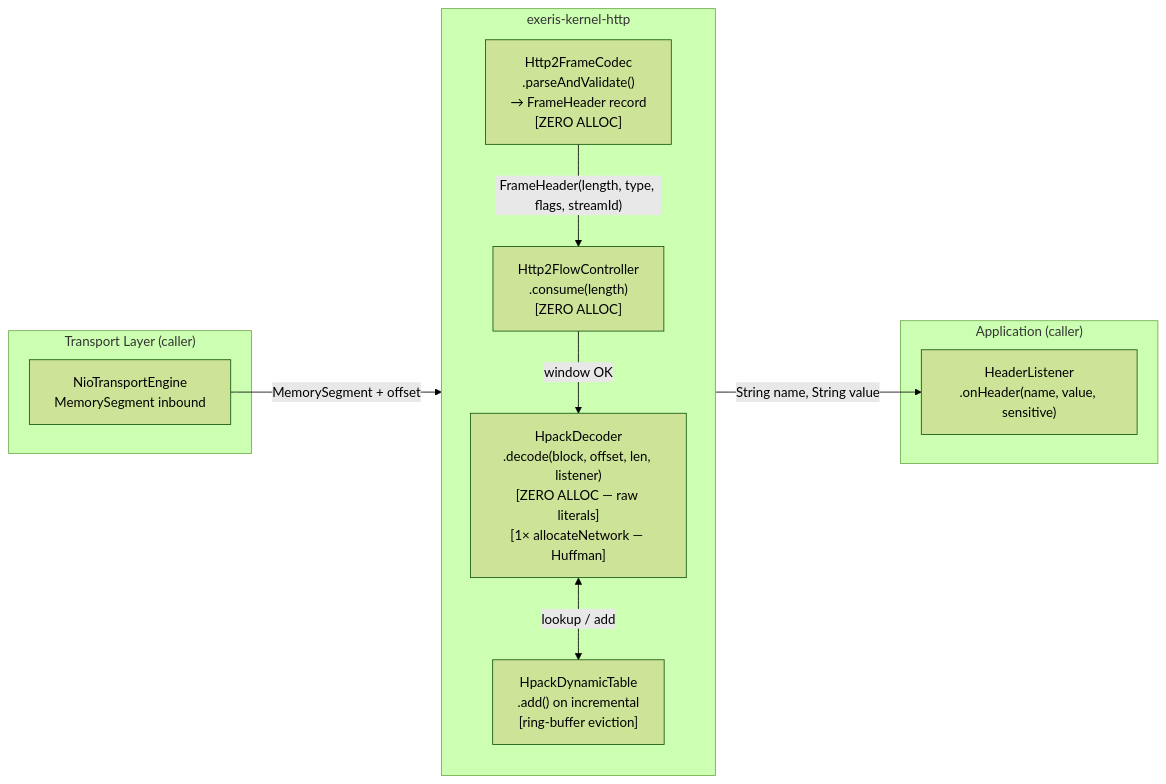
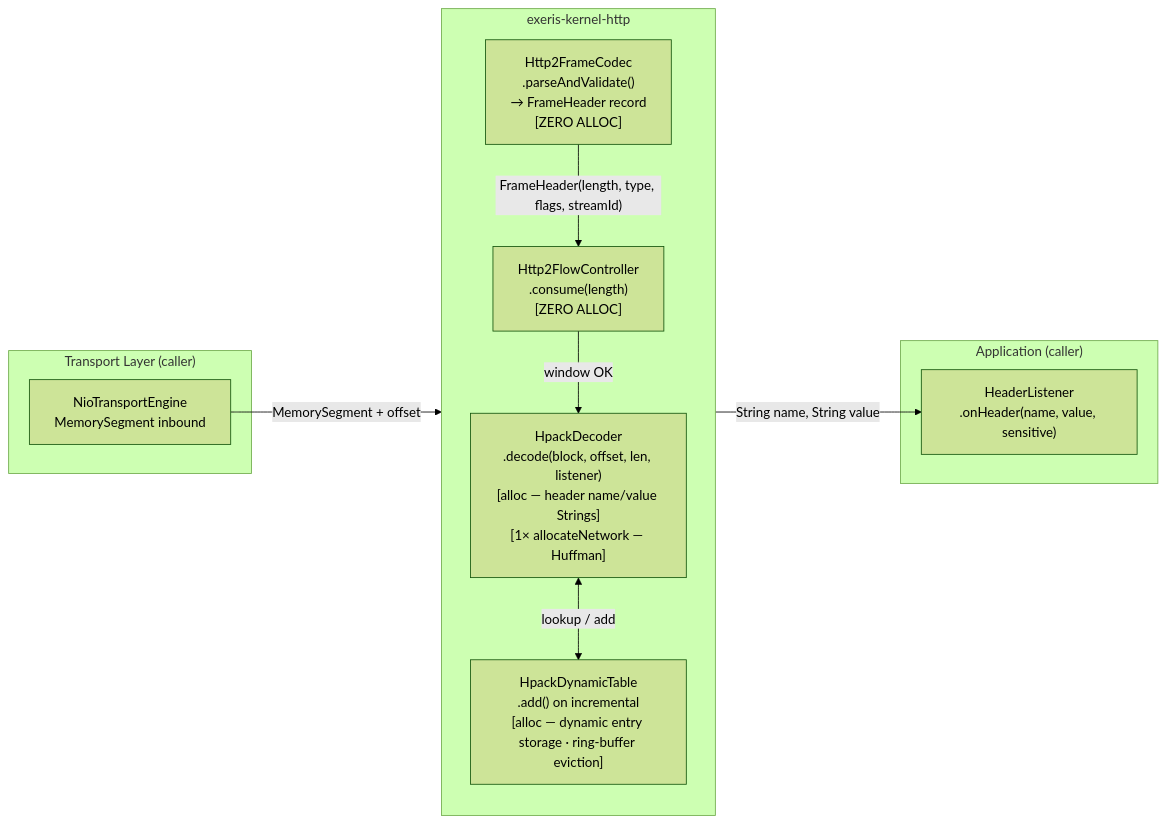
The second of 4 diagrams in docs/modules/06-http.md (exeris-systems/exeris-kernel), drawn with Mermaid (forest theme) before and after one commit. The commit also changed other lines of this file, not shown here.

Commit message:
feat(http): Update HpackDecoder and HpackEncoder documentation for improved clarity on memory allocation

````diff
--- a/docs/modules/06-http.md
+++ b/docs/modules/06-http.md
@@ -52,24 +52,24 @@
 ```mermaid
 flowchart LR
     subgraph Transport["Transport Layer (caller)"]
         T["NioTransportEngine\nMemorySegment inbound"]
     end
 
     subgraph HTTP["exeris-kernel-http"]
         direction TB
         P["Http2FrameCodec\n.parseAndValidate()\n→ FrameHeader record\n[ZERO ALLOC]"]
         FC["Http2FlowController\n.consume(length)\n[ZERO ALLOC]"]
-        D["HpackDecoder\n.decode(block, offset, len, listener)\n[ZERO ALLOC — raw literals]\n[1× allocateNetwork — Huffman]"]
-        DT["HpackDynamicTable\n.add() on incremental\n[ring-buffer eviction]"]
+        D["HpackDecoder\n.decode(block, offset, len, listener)\n[alloc — header name/value Strings]\n[1× allocateNetwork — Huffman]"]
+        DT["HpackDynamicTable\n.add() on incremental\n[alloc — dynamic entry storage · ring-buffer eviction]"]
     end
 
     subgraph App["Application (caller)"]
         A["HeaderListener\n.onHeader(name, value, sensitive)"]
     end
 
     T -->|"MemorySegment + offset"| P
     P -->|"FrameHeader(length, type, flags, streamId)"| FC
     FC -->|"window OK"| D
     D <-->|"lookup / add"| DT
     D -->|"String name, String value"| A
 ```
````
